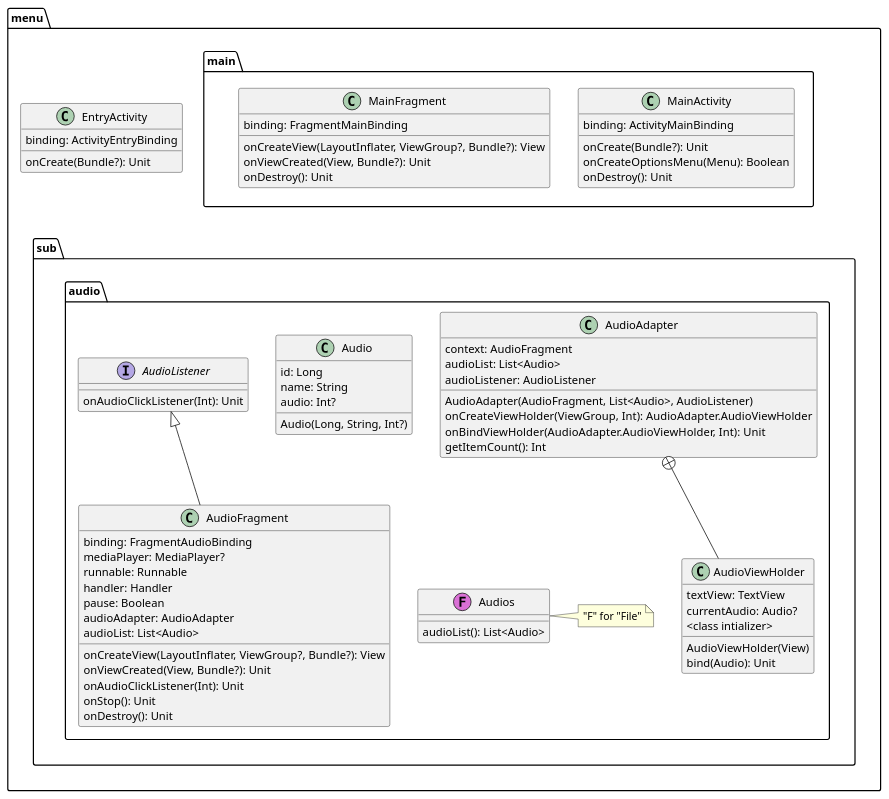
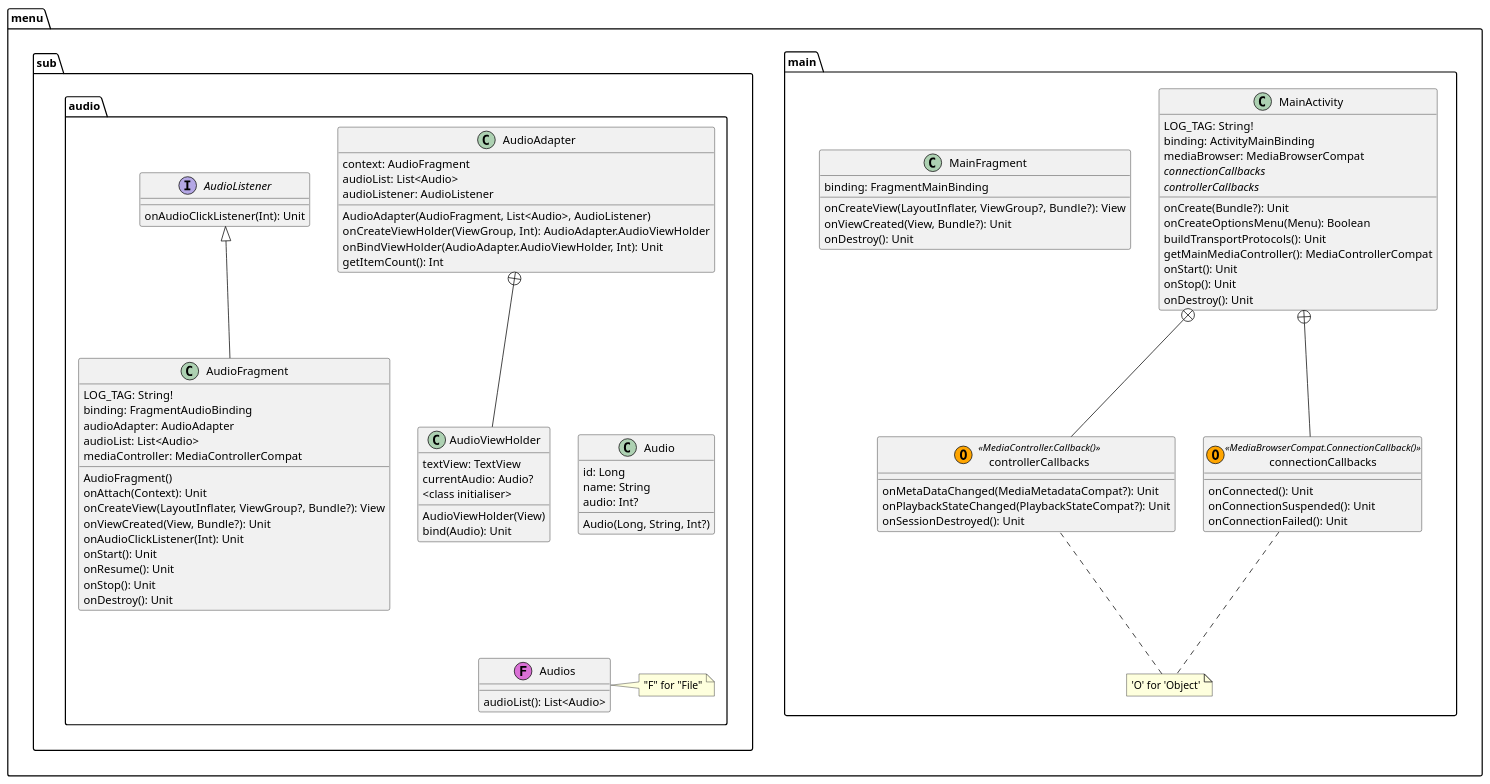
Before and after one commit to vertigonale/botify2: the diagram in Documents/classesAudioUML_trans.puml, drawn with PlantUML. The commit also changed 8 other files, not shown here.

Commit message:
update class diagrams

```diff
--- a/Documents/classesAudioUML_trans.puml
+++ b/Documents/classesAudioUML_trans.puml
@@ -1,95 +1,126 @@
 @startuml
 'comment
 
 ' packages
 package "menu" {
 
-    class EntryActivity {
-        binding: ActivityEntryBinding
-    ' TODO should "Unit" be omitted? it basically means "void"
-        onCreate(Bundle?): Unit
-    }
+'    class EntryActivity {
+'    		LOG_TAG: String!
+'        binding: ActivityEntryBinding
+'    ' TODO should "Unit" be omitted? it basically means "void"
+'        onCreate(Bundle?): Unit
+'        onDestroy(): Unit
+'    }
 
     package "main" {
 
         class MainActivity {
+            LOG_TAG: String!
             binding: ActivityMainBinding
+            mediaBrowser: MediaBrowserCompat
+            //connectionCallbacks//
+            //controllerCallbacks//
             onCreate(Bundle?): Unit
             onCreateOptionsMenu(Menu): Boolean
+            buildTransportProtocols(): Unit
+            getMainMediaController(): MediaControllerCompat
+            onStart(): Unit
+            onStop(): Unit
             onDestroy(): Unit
         }
+        
+        class connectionCallbacks <<(O,orange)MediaBrowserCompat.ConnectionCallback()>> {
+        		onConnected(): Unit
+        		onConnectionSuspended(): Unit
+        		onConnectionFailed(): Unit
+        }
+        
+        class controllerCallbacks <<(O,orange)MediaController.Callback()>> {
+        		onMetaDataChanged(MediaMetadataCompat?): Unit
+        		onPlaybackStateChanged(PlaybackStateCompat?): Unit
+        		onSessionDestroyed(): Unit
+        }
+        
+        note "'O' for 'Object'" as N2
+        connectionCallbacks .. N2
+        N2 .. controllerCallbacks
 
         class MainFragment {
             binding: FragmentMainBinding
             onCreateView(LayoutInflater, ViewGroup?, Bundle?): View
             onViewCreated(View, Bundle?): Unit
             onDestroy(): Unit
         }
     }
 
     package "sub" {
         package "audio" {
 
             class AudioFragment {
+            		LOG_TAG: String!
                 binding: FragmentAudioBinding
-                mediaPlayer: MediaPlayer?
-                runnable: Runnable
-                handler: Handler
-                pause: Boolean
                 audioAdapter: AudioAdapter
                 audioList: List<Audio>
+                mediaController: MediaControllerCompat
+                AudioFragment()
+                onAttach(Context): Unit
                 onCreateView(LayoutInflater, ViewGroup?, Bundle?): View
                 onViewCreated(View, Bundle?): Unit
                 onAudioClickListener(Int): Unit
+                onStart(): Unit
+                onResume(): Unit
                 onStop(): Unit
                 onDestroy(): Unit
             }
 
             class AudioAdapter {
                 context: AudioFragment
                 audioList: List<Audio>
                 audioListener: AudioListener
                 AudioAdapter(AudioFragment, List<Audio>, AudioListener)
                 onCreateViewHolder(ViewGroup, Int): AudioAdapter.AudioViewHolder
                 onBindViewHolder(AudioAdapter.AudioViewHolder, Int): Unit
                 getItemCount(): Int
             }
 
             class AudioViewHolder {
                 textView: TextView
                 currentAudio: Audio?
             ' TODO what to do with this pain in the ass?
-                <class intializer>
+                <class initialiser>
                 AudioViewHolder(View)
                 bind(Audio): Unit
             }
 
             class Audio {
                 id: Long
                 name: String
                 audio: Int?
                 Audio(Long, String, Int?)
             }
 
             interface AudioListener {
                 onAudioClickListener(Int): Unit
             }
             'TODO how to handle "Audios.kt"
             class Audios <<(F,orchid)>> {
                 audioList(): List<Audio>
 
             }
             note right: "F" for "File"
         }
     }
 }
 
 ' dependencies
     AudioListener <|-- AudioFragment
     AudioAdapter +-- AudioViewHolder
+    MainActivity +-- connectionCallbacks
+    MainActivity +-- controllerCallbacks
 
 ' output layout
-    main-down[hidden]-sub
-    Audio-down[hidden]-Audios
-'    AudioAdapter-down[hidden]-Audio
+		controllerCallbacks -[hidden]> connectionCallbacks
+    main -[hidden]> sub
+    Audio-[hidden]-> Audios
+    AudioAdapter-[hidden]-Audio
 @enduml
```
